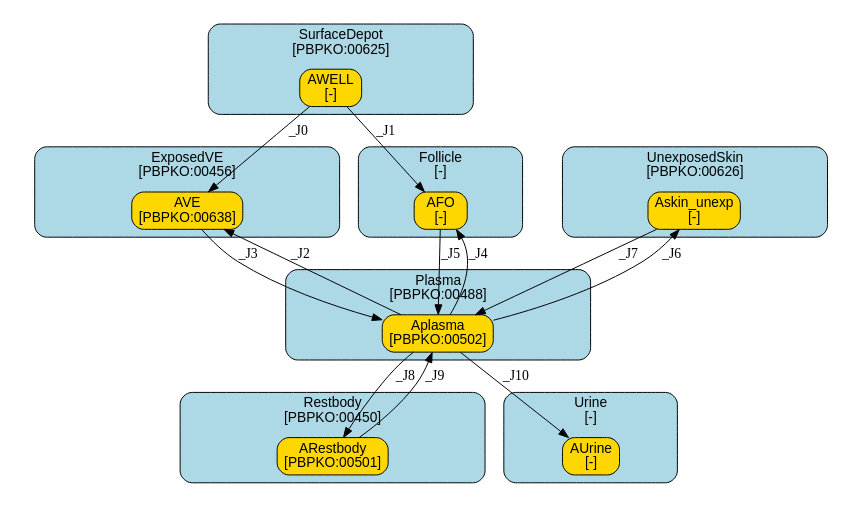
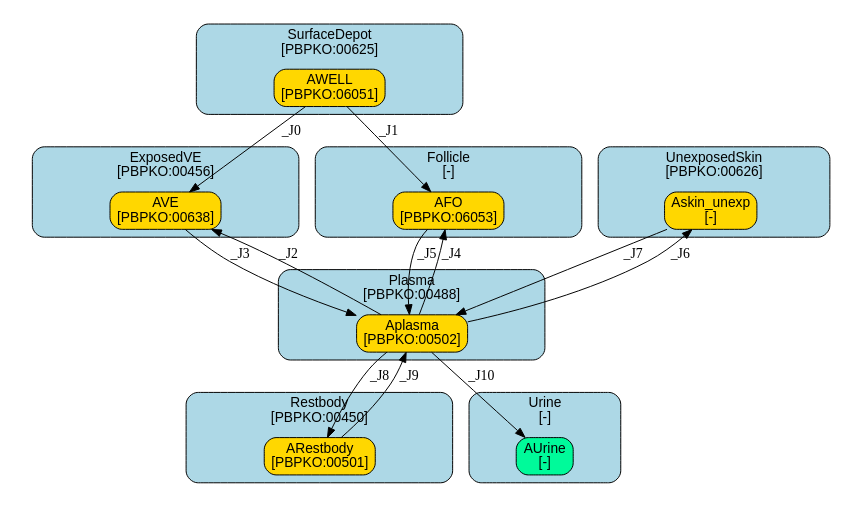
Before and after one commit to fair-pbk/exposure-route-pbk-models: the diagram in models/dermal/Bisphenols/Hu/summary.dot, drawn with Graphviz. The commit also changed 151 other files, not shown here.

```diff
--- a/models/dermal/Bisphenols/Hu/summary.dot
+++ b/models/dermal/Bisphenols/Hu/summary.dot
@@ -1,144 +1,144 @@
 digraph {
 	graph [ratio=fill,
 		size="7,4"
 	];
 	node [fontname=Arial];
 	subgraph cluster_SurfaceDepot {
 		graph [color=black,
 			fillcolor=lightblue,
 			fontname=Arial,
 			href="#compartment-SurfaceDepot",
 			label="SurfaceDepot
 [PBPKO:00625]",
 			shape=box,
 			style="filled,rounded"
 		];
 		AWELL	[color=black,
 			fillcolor=gold,
 			href="#species-AWELL",
 			label="AWELL
-[-]",
+[PBPKO:06051]",
 			shape=box,
 			style="filled,rounded"];
 	}
 	subgraph cluster_ExposedVE {
 		graph [color=black,
 			fillcolor=lightblue,
 			fontname=Arial,
 			href="#compartment-ExposedVE",
 			label="ExposedVE
 [PBPKO:00456]",
 			shape=box,
 			style="filled,rounded"
 		];
 		AVE	[color=black,
 			fillcolor=gold,
 			href="#species-AVE",
 			label="AVE
 [PBPKO:00638]",
 			shape=box,
 			style="filled,rounded"];
 	}
 	subgraph cluster_Follicle {
 		graph [color=black,
 			fillcolor=lightblue,
 			fontname=Arial,
 			href="#compartment-Follicle",
 			label="Follicle
 [-]",
 			shape=box,
 			style="filled,rounded"
 		];
 		AFO	[color=black,
 			fillcolor=gold,
 			href="#species-AFO",
 			label="AFO
-[-]",
+[PBPKO:06053]",
 			shape=box,
 			style="filled,rounded"];
 	}
 	subgraph cluster_UnexposedSkin {
 		graph [color=black,
 			fillcolor=lightblue,
 			fontname=Arial,
 			href="#compartment-UnexposedSkin",
 			label="UnexposedSkin
 [PBPKO:00626]",
 			shape=box,
 			style="filled,rounded"
 		];
 		Askin_unexp	[color=black,
 			fillcolor=gold,
 			href="#species-Askin_unexp",
 			label="Askin_unexp
 [-]",
 			shape=box,
 			style="filled,rounded"];
 	}
 	subgraph cluster_Plasma {
 		graph [color=black,
 			fillcolor=lightblue,
 			fontname=Arial,
 			href="#compartment-Plasma",
 			label="Plasma
 [PBPKO:00488]",
 			shape=box,
 			style="filled,rounded"
 		];
 		Aplasma	[color=black,
 			fillcolor=gold,
 			href="#species-Aplasma",
 			label="Aplasma
 [PBPKO:00502]",
 			shape=box,
 			style="filled,rounded"];
 	}
 	subgraph cluster_Restbody {
 		graph [color=black,
 			fillcolor=lightblue,
 			fontname=Arial,
 			href="#compartment-Restbody",
 			label="Restbody
 [PBPKO:00450]",
 			shape=box,
 			style="filled,rounded"
 		];
 		ARestbody	[color=black,
 			fillcolor=gold,
 			href="#species-ARestbody",
 			label="ARestbody
 [PBPKO:00501]",
 			shape=box,
 			style="filled,rounded"];
 	}
 	subgraph cluster_Urine {
 		graph [color=black,
 			fillcolor=lightblue,
 			fontname=Arial,
 			href="#compartment-Urine",
 			label="Urine
 [-]",
 			shape=box,
 			style="filled,rounded"
 		];
 		AUrine	[color=black,
-			fillcolor=gold,
+			fillcolor=mediumspringgreen,
 			href="#species-AUrine",
 			label="AUrine
 [-]",
 			shape=box,
 			style="filled,rounded"];
 	}
 	AWELL -> AVE	[label=_J0];
 	AWELL -> AFO	[label=_J1];
 	AVE -> Aplasma	[label=_J3];
 	AFO -> Aplasma	[label=_J5];
 	Askin_unexp -> Aplasma	[label=_J7];
 	Aplasma -> AVE	[label=_J2];
 	Aplasma -> AFO	[label=_J4];
 	Aplasma -> Askin_unexp	[label=_J6];
 	Aplasma -> ARestbody	[label=_J8];
 	Aplasma -> AUrine	[label=_J10,
 		minlen=1];
 	ARestbody -> Aplasma	[label=_J9];
 }
```
